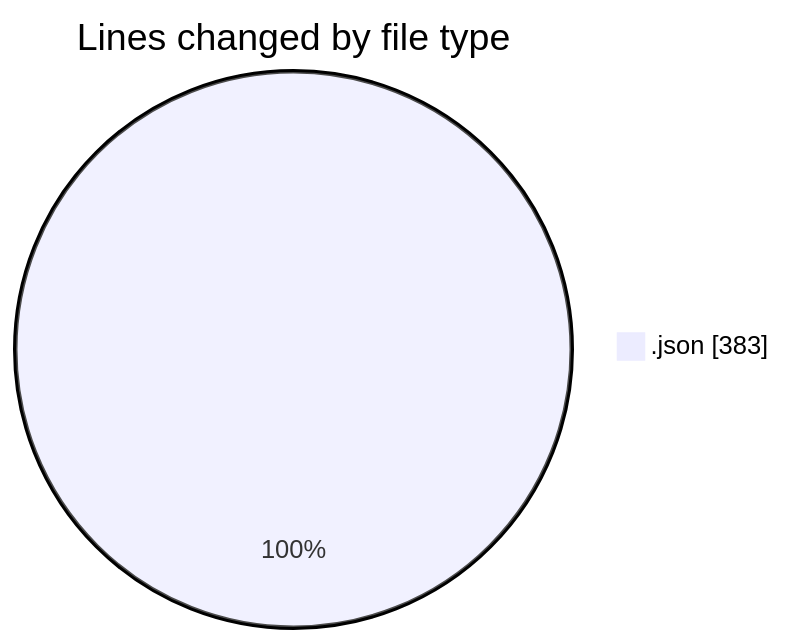
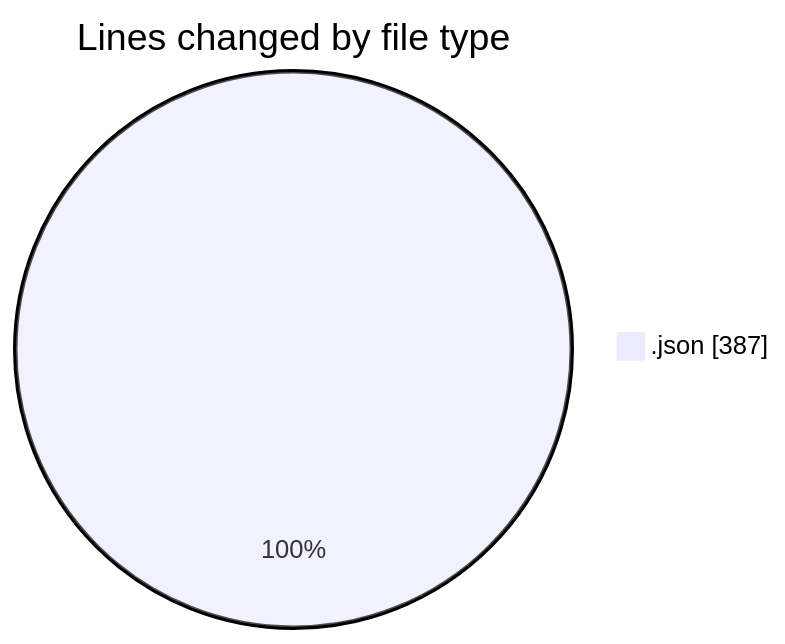
Before and after one commit to EIIisD/code-tracking: the first of 2 diagrams in 2025-07-29/refunds/README.md, drawn with Mermaid. The commit also changed other lines of this file and 1 other file, not shown here.

````diff
--- a/2025-07-29/refunds/README.md
+++ b/2025-07-29/refunds/README.md
@@ -20,5 +20,5 @@
 ```mermaid
 pie showData
 title Lines changed by file type
-".json" : 383
+".json" : 387
 ```
````
